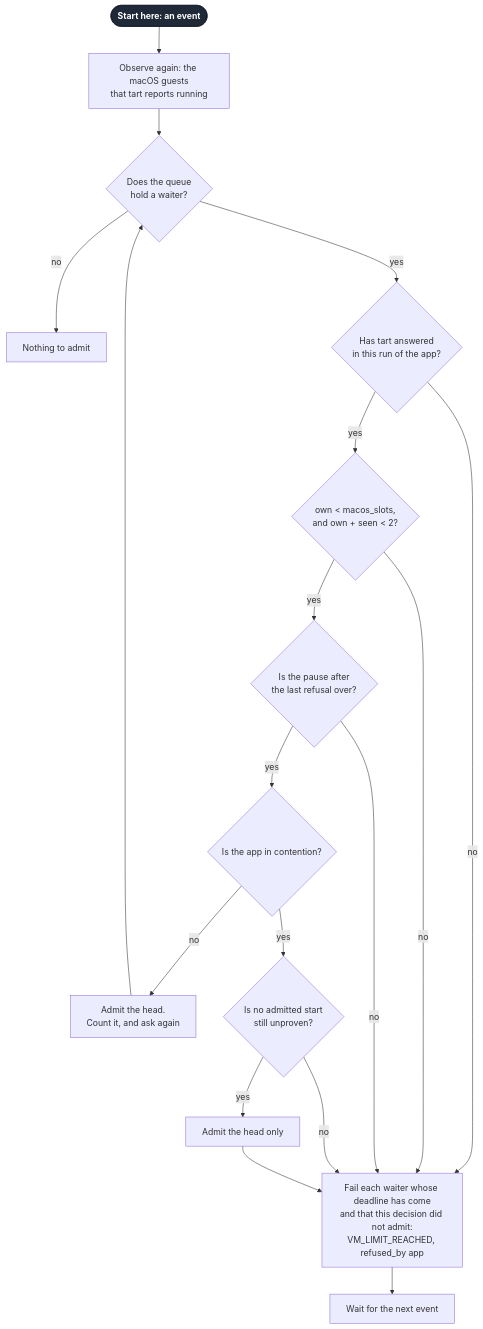
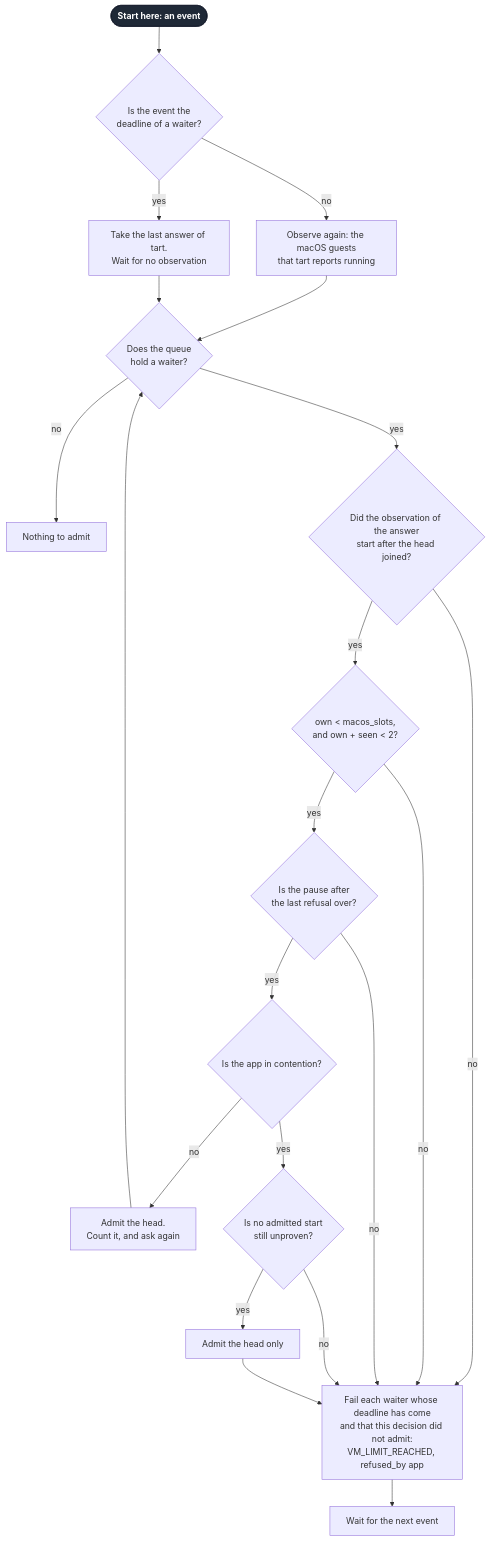
One commit to Linkuistics/TestAnyware changed the third of 7 diagrams in docs/specs/admission-queue.md. Above: the diagram before and after it, drawn with Mermaid. The commit also changed other lines of this file and 2 other files, not shown here.

First line of the commit message:
grove(admission-queue-k15): triage the finding of admission-queue-k14, give each deadline its decision on time, and retire the leaf

````diff
--- a/docs/specs/admission-queue.md
+++ b/docs/specs/admission-queue.md
@@ -296,21 +316,24 @@
 ```mermaid
 flowchart TD
-  ev(["Start here: an event"]):::start --> obs["Observe again: the macOS guests<br/>that tart reports running"]
+  ev(["Start here: an event"]):::start --> dl{"Is the event the<br/>deadline of a waiter?"}
+  dl -- "no" --> obs["Observe again: the macOS guests<br/>that tart reports running"]
+  dl -- "yes" --> last["Take the last answer of tart.<br/>Wait for no observation"]
   obs --> any{"Does the queue<br/>hold a waiter?"}
+  last --> any
   any -- "no" --> idle["Nothing to admit"]
-  any -- "yes" --> ans{"Has tart answered<br/>in this run of the app?"}
+  any -- "yes" --> ans{"Did the observation of the answer<br/>start after the head joined?"}
   ans -- "no" --> exp
   ans -- "yes" --> free{"own < macos_slots,<br/>and own + seen < 2?"}
   free -- "no" --> exp
   free -- "yes" --> pause{"Is the pause after<br/>the last refusal over?"}
   pause -- "no" --> exp
   pause -- "yes" --> cont{"Is the app in contention?"}
   cont -- "no" --> head["Admit the head.<br/>Count it, and ask again"]
   head --> any
   cont -- "yes" --> one{"Is no admitted start<br/>still unproven?"}
   one -- "no" --> exp
   one -- "yes" --> single["Admit the head only"]
   single --> exp["Fail each waiter whose deadline has come<br/>and that this decision did not admit:<br/>VM_LIMIT_REACHED, refused_by app"]
   exp --> hold["Wait for the next event"]
   classDef start fill:#1f2937,stroke:#111827,color:#ffffff,font-weight:bold
 ```
````
